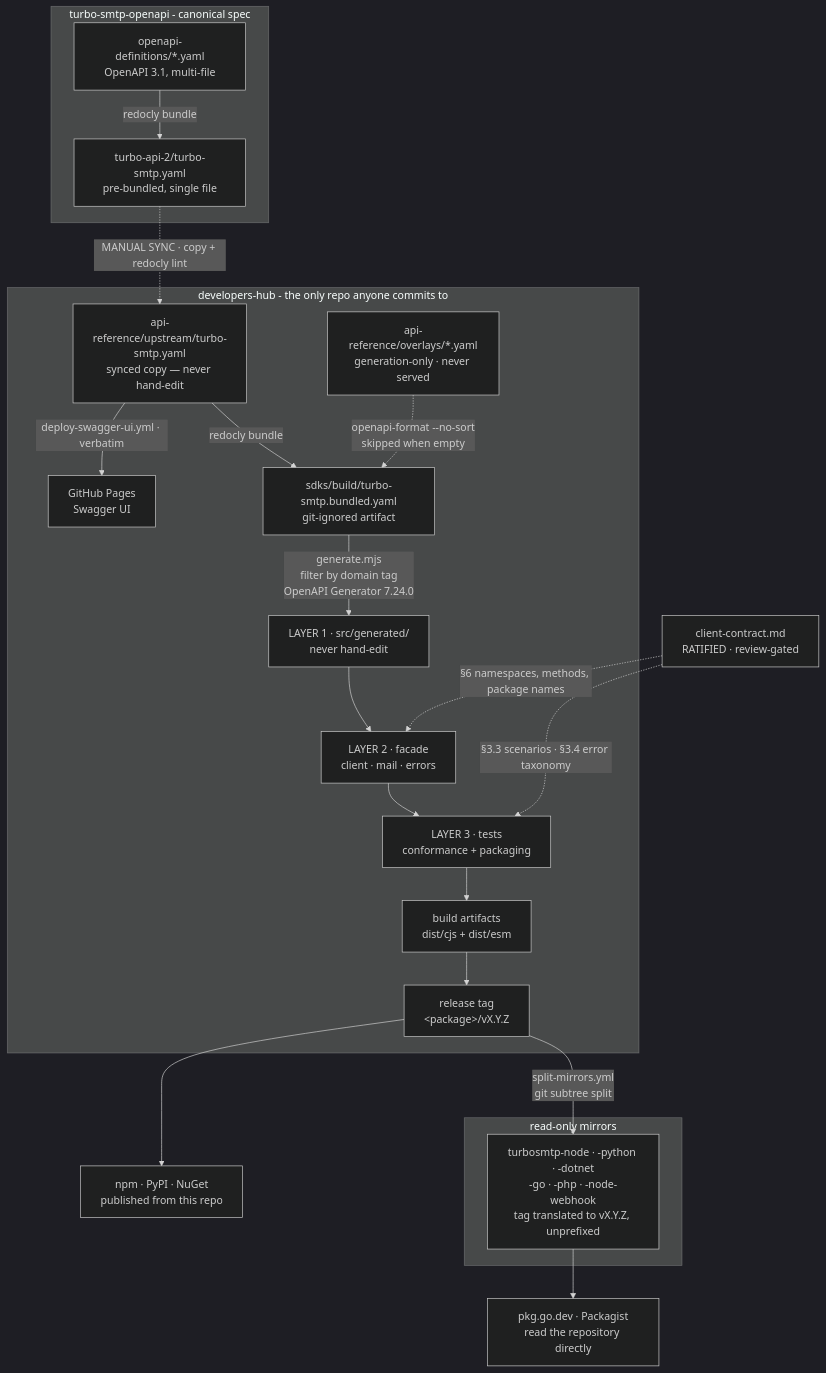
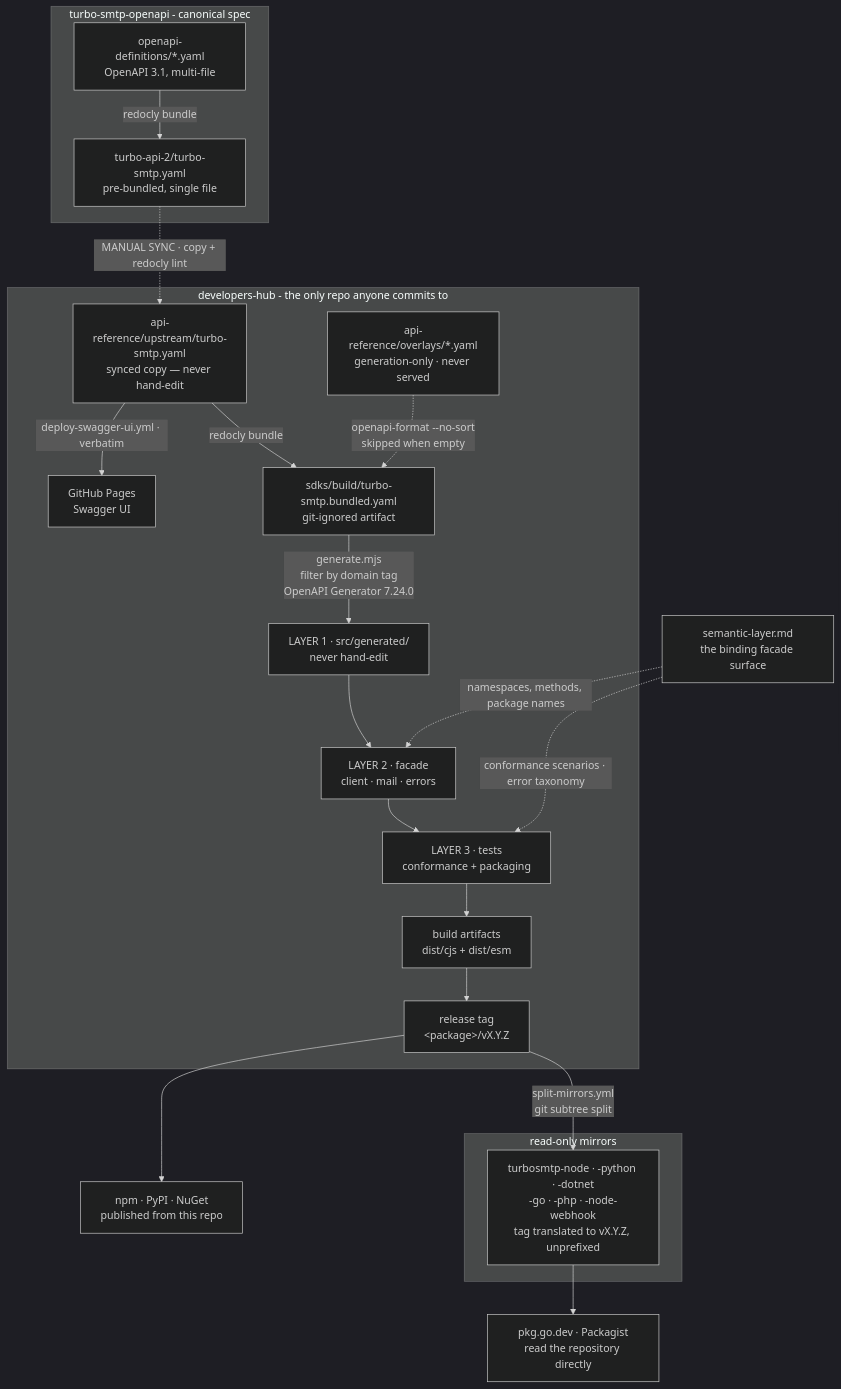
The first of 2 diagrams in sdks/pipeline.md (turboSMTP/developers-hub), drawn with Mermaid (dark theme) before and after one commit. The commit also changed other lines of this file and 29 other files, not shown here.

Commit message:
client-contract.md removal

````diff
--- a/sdks/pipeline.md
+++ b/sdks/pipeline.md
@@ -12,44 +12,44 @@
 ```mermaid
 flowchart TD
     subgraph canon["turbo-smtp-openapi - canonical spec"]
         A["openapi-definitions/*.yaml<br/>OpenAPI 3.1, multi-file"]
         B["turbo-api-2/turbo-smtp.yaml<br/>pre-bundled, single file"]
         A -->|"redocly bundle"| B
     end
 
     B -.->|"MANUAL SYNC · copy + redocly lint"| C
 
     subgraph hub["developers-hub - the only repo anyone commits to"]
         C["api-reference/upstream/turbo-smtp.yaml<br/>synced copy — never hand-edit"]
         OV["api-reference/overlays/*.yaml<br/>generation-only · never served"]
         PAGES["GitHub Pages<br/>Swagger UI"]
         D["sdks/build/turbo-smtp.bundled.yaml<br/>git-ignored artifact"]
         E["LAYER 1 · src/generated/<br/>never hand-edit"]
         F["LAYER 2 · facade<br/>client · mail · errors"]
         G["LAYER 3 · tests<br/>conformance + packaging"]
         H["build artifacts<br/>dist/cjs + dist/esm"]
         T["release tag<br/>&lt;package&gt;/vX.Y.Z"]
 
         C -->|"deploy-swagger-ui.yml · verbatim"| PAGES
         OV -.->|"openapi-format --no-sort<br/>skipped when empty"| D
         C -->|"redocly bundle"| D
         D -->|"generate.mjs<br/>filter by domain tag<br/>OpenAPI Generator 7.24.0"| E
         E --> F
         F --> G
         G --> H
         H --> T
     end
 
-    CONTRACT["client-contract.md<br/>RATIFIED · review-gated"]
-    CONTRACT -.->|"§6 namespaces, methods, package names"| F
-    CONTRACT -.->|"§3.3 scenarios · §3.4 error taxonomy"| G
+    CONTRACT["semantic-layer.md<br/>the binding facade surface"]
+    CONTRACT -.->|"namespaces, methods, package names"| F
+    CONTRACT -.->|"conformance scenarios · error taxonomy"| G
 
     T --> REG1["npm · PyPI · NuGet<br/>published from this repo"]
     T -->|"split-mirrors.yml<br/>git subtree split"| M
 
     subgraph mir["read-only mirrors"]
         M["turbosmtp-node · -python · -dotnet<br/>-go · -php · -node-webhook<br/>tag translated to vX.Y.Z, unprefixed"]
     end
 
     M --> REG2["pkg.go.dev · Packagist<br/>read the repository directly"]
 ```
````
